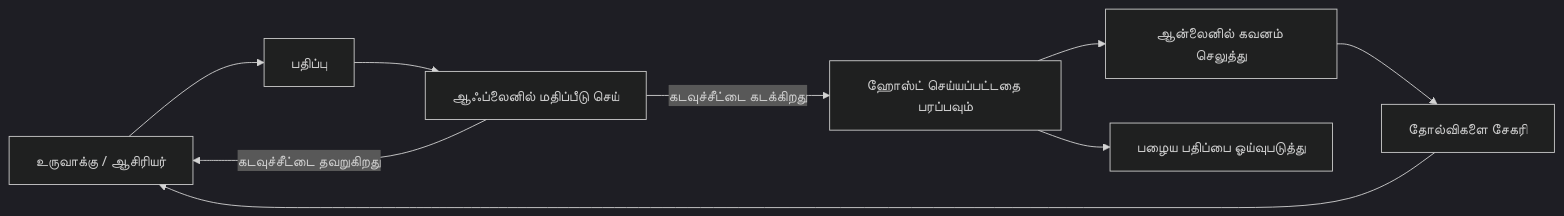
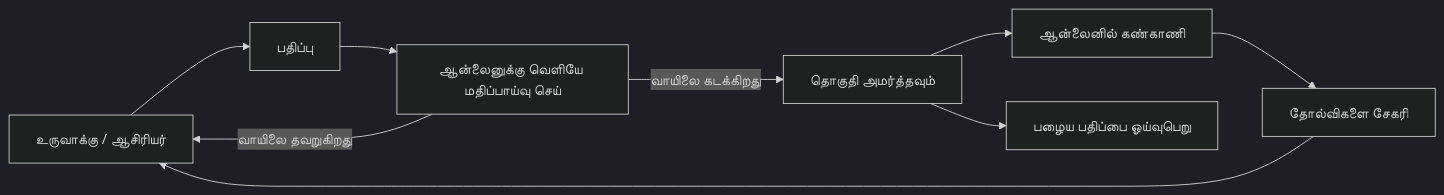
One commit to microsoft/ai-agents-for-beginners changed the second of 4 diagrams in translations/ta/16-deploying-scalable-agents/README.md. Above: the diagram before and after it, drawn with Mermaid (dark theme). The commit also changed other lines of this file and 46 other files, not shown here.

````diff
--- a/translations/ta/16-deploying-scalable-agents/README.md
+++ b/translations/ta/16-deploying-scalable-agents/README.md
@@ -108,11 +108,11 @@
 ```mermaid
 flowchart LR
     Create[உருவாக்கு / ஆசிரியர்] --> Version[பதிப்பு]
-    Version --> Evaluate[ஆஃப்லைனில் மதிப்பீடு செய்]
-    Evaluate -->|கடவுச்சீட்டை கடக்கிறது| Deploy[ஹோஸ்ட் செய்யப்பட்டதை பரப்பவும்]
-    Evaluate -->|கடவுச்சீட்டை தவறுகிறது| Create
-    Deploy --> Observe[ஆன்லைனில் கவனம் செலுத்து]
+    Version --> Evaluate[ஆன்லைனுக்கு வெளியே மதிப்பாய்வு செய்]
+    Evaluate -->|வாயிலை கடக்கிறது| Deploy[தொகுதி அமர்த்தவும்]
+    Evaluate -->|வாயிலை தவறுகிறது| Create
+    Deploy --> Observe[ஆன்லைனில் கண்காணி]
     Observe --> Improve[தோல்விகளை சேகரி]
     Improve --> Create
-    Deploy --> Retire[பழைய பதிப்பை ஓய்வுபடுத்து]
+    Deploy --> Retire[பழைய பதிப்பை ஓய்வுபெறு]
 ```
````
